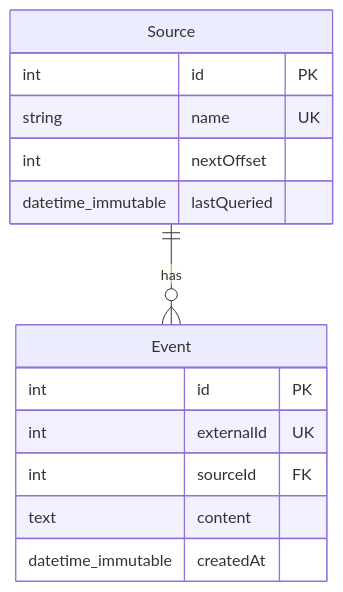
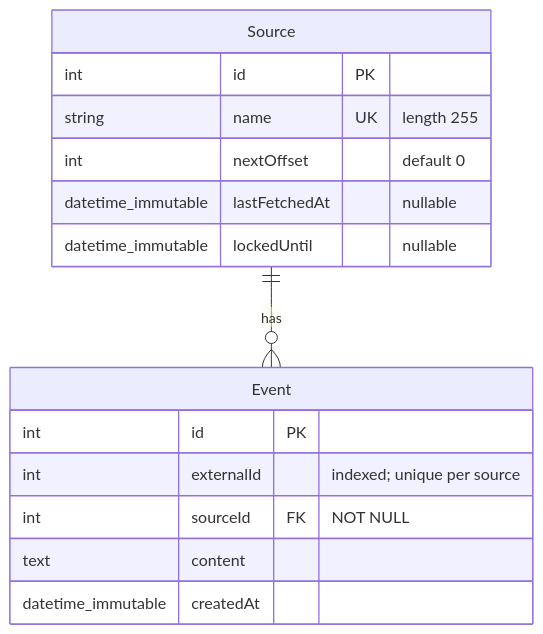
Before and after one commit to necobm/event-aggregator: the diagram in doc/er-diagram.md, drawn with Mermaid. The commit also changed other lines of this file and 2 other files, not shown here.

````diff
--- a/doc/er-diagram.md
+++ b/doc/er-diagram.md
@@ -1,19 +1,20 @@
 ```mermaid
 erDiagram
     Source {
         int id PK
-        string name UK
-        int nextOffset
-        datetime_immutable lastQueried
+        string name UK "length 255"
+        int nextOffset "default 0"
+        datetime_immutable lastFetchedAt "nullable"
+        datetime_immutable lockedUntil "nullable"
     }
 
     Event {
         int id PK
-        int externalId UK
-        int sourceId FK
+        int externalId "indexed; unique per source"
+        int sourceId FK "NOT NULL"
         text content
         datetime_immutable createdAt
     }
 
     Source ||--o{ Event : "has"
 ```
````
